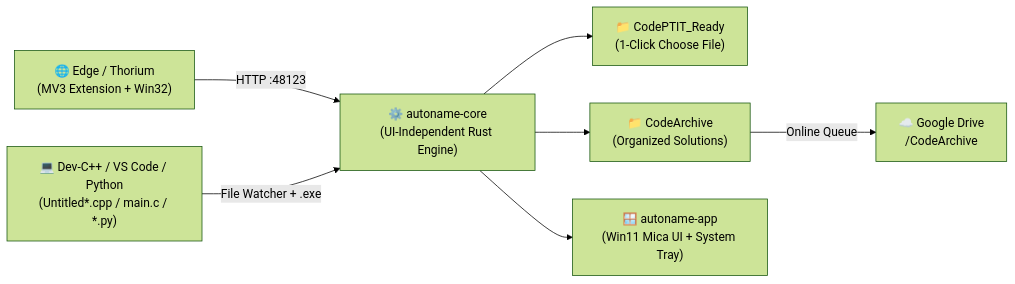
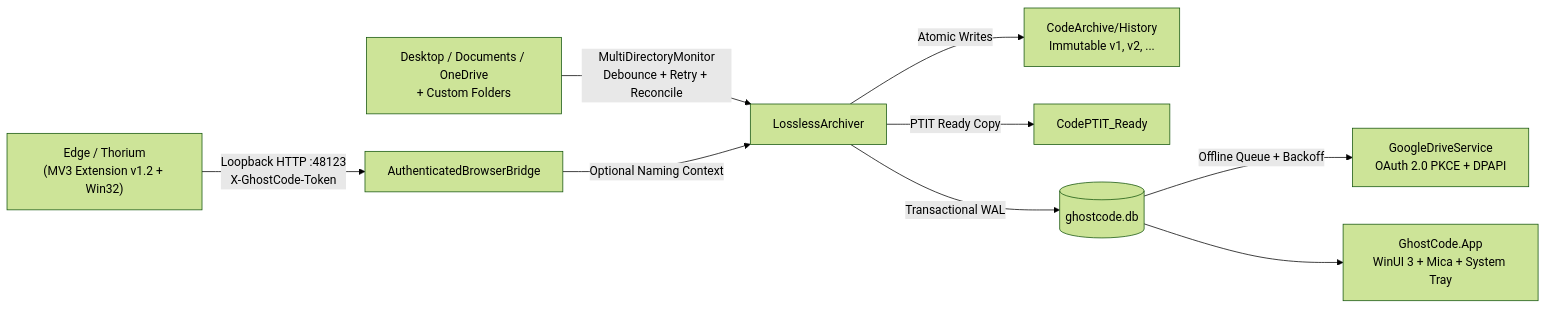
The diagram in README.md (trungduc22/GhostCode), drawn with Mermaid (forest theme) before and after one commit. The commit also changed other lines of this file and 42 other files, not shown here.

Commit message:
feat: reengineer GhostCode on .NET 10, genuine WinUI 3, lossless SQLite WAL, and OAuth PKCE

````diff
--- a/README.md
+++ b/README.md
@@ -29,9 +10,11 @@
 ```mermaid
 flowchart LR
-    Browser["🌐 Edge / Thorium\n(MV3 Extension + Win32)"] -->|HTTP :48123| Core["⚙️ autoname-core\n(UI-Independent Rust Engine)"]
-    IDE["💻 Dev-C++ / VS Code / Python\n(Untitled*.cpp / main.c / *.py)"] -->|File Watcher + .exe| Core
-    Core --> Ready["📁 CodePTIT_Ready\n(1-Click Choose File)"]
-    Core --> Archive["📁 CodeArchive\n(Organized Solutions)"]
-    Archive -->|Online Queue| Drive["☁️ Google Drive\n/CodeArchive"]
-    Core --> App["🪟 autoname-app\n(Win11 Mica UI + System Tray)"]
+    Browser["Edge / Thorium\n(MV3 Extension v1.2 + Win32)"] -->|"Loopback HTTP :48123\nX-GhostCode-Token"| Bridge["AuthenticatedBrowserBridge"]
+    Folders["Desktop / Documents / OneDrive\n+ Custom Folders"] -->|"MultiDirectoryMonitor\nDebounce + Retry + Reconcile"| Archiver["LosslessArchiver"]
+    Bridge -->|"Optional Naming Context"| Archiver
+    Archiver -->|"Atomic Writes"| History["CodeArchive/History\nImmutable v1, v2, ..."]
+    Archiver -->|"PTIT Ready Copy"| Ready["CodePTIT_Ready"]
+    Archiver -->|"Transactional WAL"| Db[("ghostcode.db")]
+    Db -->|"Offline Queue + Backoff"| Drive["GoogleDriveService\nOAuth 2.0 PKCE + DPAPI"]
+    Db --> UI["GhostCode.App\nWinUI 3 + Mica + System Tray"]
 ```
````
